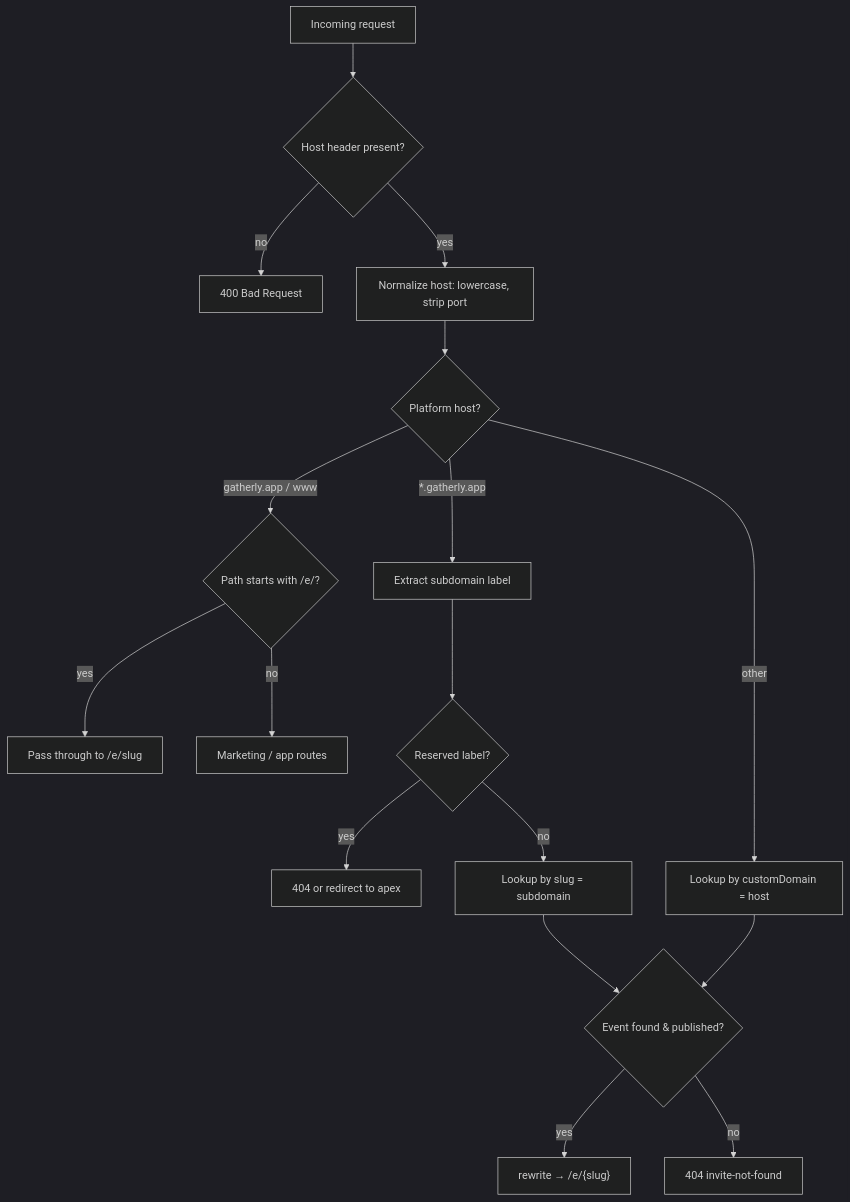
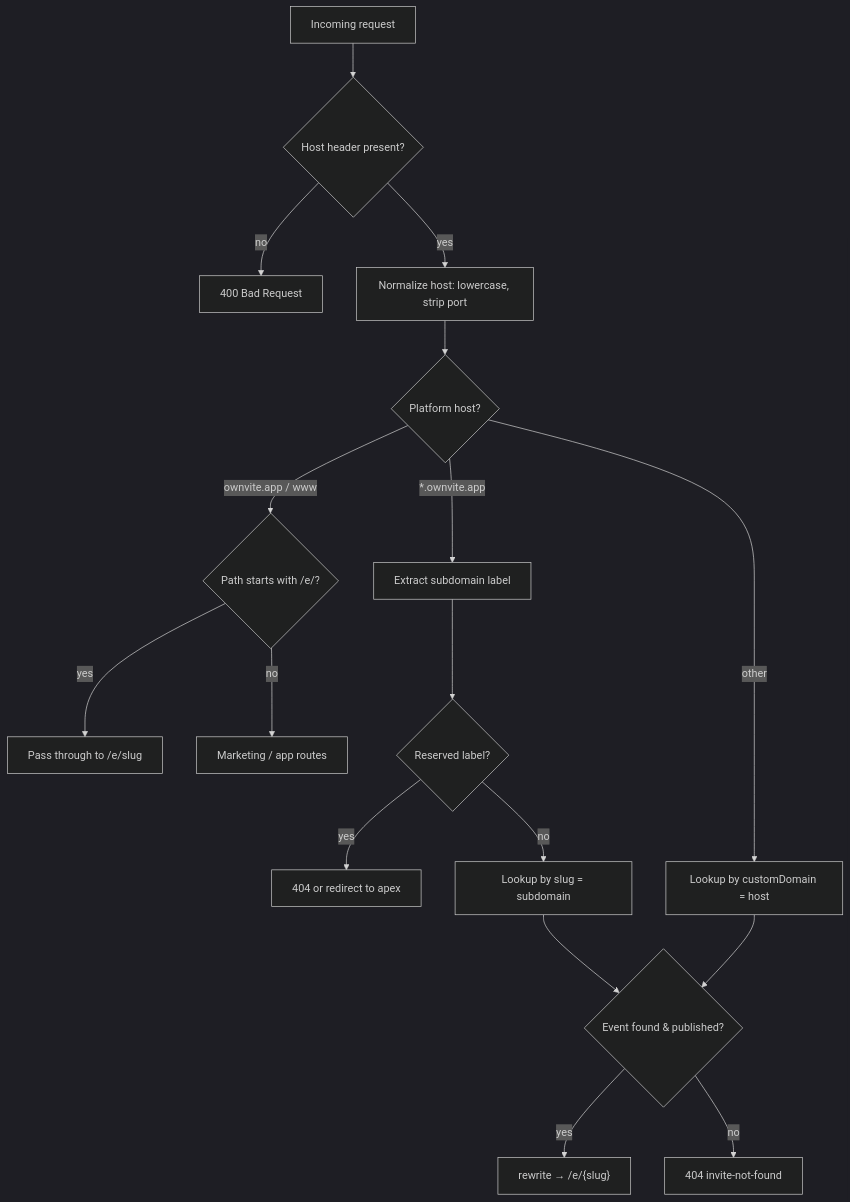
One commit to hsalamanca/event-invite changed the diagram in docs/CUSTOM_DOMAINS.md. Above: the diagram before and after it, drawn with Mermaid (dark theme). The commit also changed other lines of this file and 17 other files, not shown here.

First line of the commit message:
Rebrand Gatherly to Ownvite

````diff
--- a/docs/CUSTOM_DOMAINS.md
+++ b/docs/CUSTOM_DOMAINS.md
@@ -48,19 +48,19 @@
 ```mermaid
 flowchart TD
   A[Incoming request] --> B{Host header present?}
   B -->|no| X[400 Bad Request]
   B -->|yes| C[Normalize host: lowercase, strip port]
   C --> D{Platform host?}
-  D -->|gatherly.app / www| E{Path starts with /e/?}
+  D -->|ownvite.app / www| E{Path starts with /e/?}
   E -->|yes| F[Pass through to /e/slug]
   E -->|no| G[Marketing / app routes]
-  D -->|*.gatherly.app| H[Extract subdomain label]
+  D -->|*.ownvite.app| H[Extract subdomain label]
   H --> I{Reserved label?}
   I -->|yes| J[404 or redirect to apex]
   I -->|no| K[Lookup by slug = subdomain]
   D -->|other| L[Lookup by customDomain = host]
   K --> M{Event found & published?}
   L --> M
   M -->|yes| N["rewrite → /e/{slug}"]
   M -->|no| O[404 invite-not-found]
 ```
````
